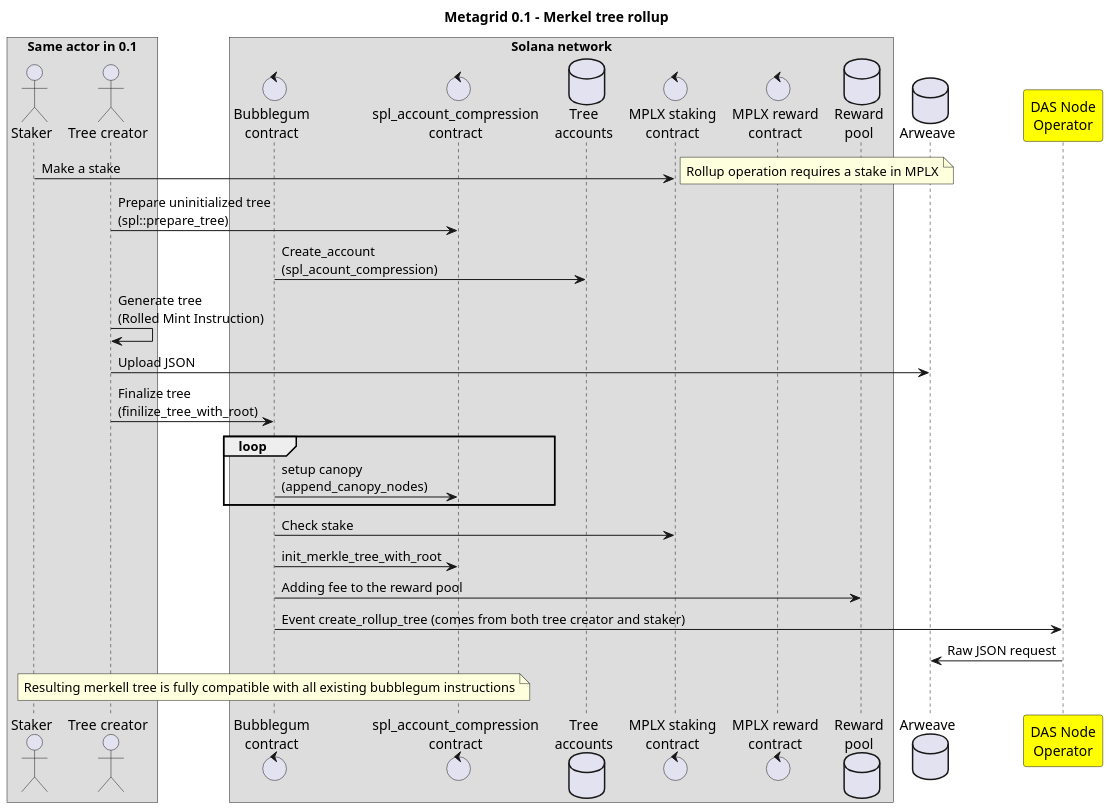
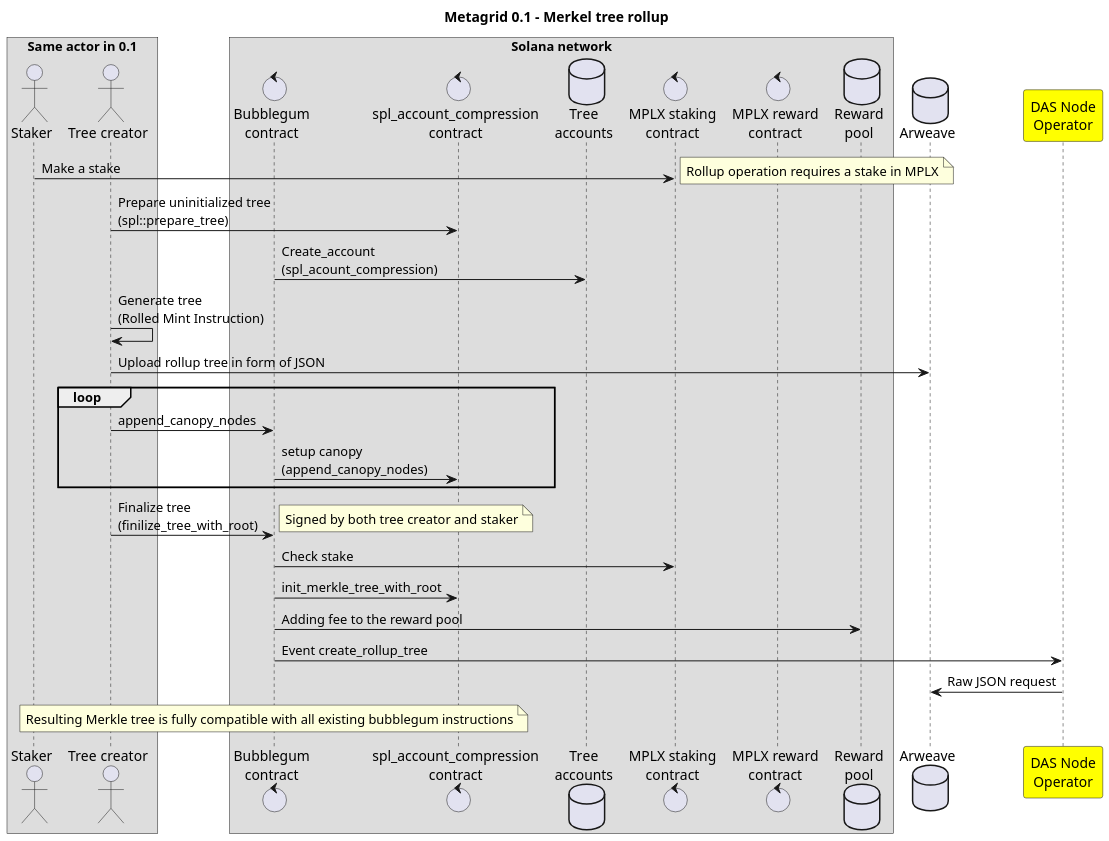
The diagram in doc/puml/metagrid-sequence_diagram.puml (metaplex-foundation/aura), drawn with PlantUML before and after one commit. The commit also changed other lines of this file and 3 other files, not shown here.

Commit message:
Add staking reward diagram

```diff
--- a/doc/puml/metagrid-sequence_diagram.puml
+++ b/doc/puml/metagrid-sequence_diagram.puml
@@ -2,55 +1,59 @@
 @startuml
 title Metagrid 0.1 - Merkel tree rollup
 scale 1.5
 ' ##################
 ' ### components ###
 ' ##################
 
 box "Same actor in 0.1"
     actor "Staker" as Staker
     actor  "Tree creator" as TreeCreator
 end box
 box "Solana network"
     control "Bubblegum\ncontract"  as Bubblegum
     control "spl_account_compression\ncontract" as SplAccountCompression
     database "Tree\naccounts" as Solana
     control "MPLX staking\ncontract" as StakingContract
     control "MPLX reward\ncontract" as RewardContract
     database "Reward\npool" as RewardPool
 end box
 database "Arweave" as Arweave
 participant "DAS Node\nOperator" as DASNode #yellow
 
 ' ####################
 ' ### interactions ###
 ' ####################
 
 Staker -> StakingContract : Make a stake
 note right
   Rollup operation requires a stake in MPLX
 end note
 
 
 TreeCreator -> SplAccountCompression : Prepare uninitialized tree\n(spl::prepare_tree)
 Bubblegum -> Solana : Create_account\n(spl_acount_compression)
 
 TreeCreator -> TreeCreator : Generate tree\n(Rolled Mint Instruction)
-TreeCreator -> Arweave : Upload JSON
+TreeCreator -> Arweave : Upload rollup tree in form of JSON
 
-TreeCreator -> Bubblegum : Finalize tree\n(finilize_tree_with_root)
 loop
+  TreeCreator -> Bubblegum: append_canopy_nodes
   Bubblegum -> SplAccountCompression : setup canopy\n(append_canopy_nodes)
 end
+TreeCreator -> Bubblegum : Finalize tree\n(finilize_tree_with_root)
+note right
+  Signed by both tree creator and staker
+end note
 
 Bubblegum -> StakingContract : Check stake
 Bubblegum -> SplAccountCompression : init_merkle_tree_with_root
 Bubblegum -> RewardPool : Adding fee to the reward pool
 
-Bubblegum -> DASNode : Event create_rollup_tree (comes from both tree creator and staker)
+Bubblegum -> DASNode : Event create_rollup_tree
 DASNode -> Arweave : Raw JSON request
 
 note over Bubblegum
-Resulting merkell tree is fully compatible with all existing bubblegum instructions
+Resulting Merkle tree is fully compatible with all existing bubblegum instructions
 end note
 
 @enduml
```
